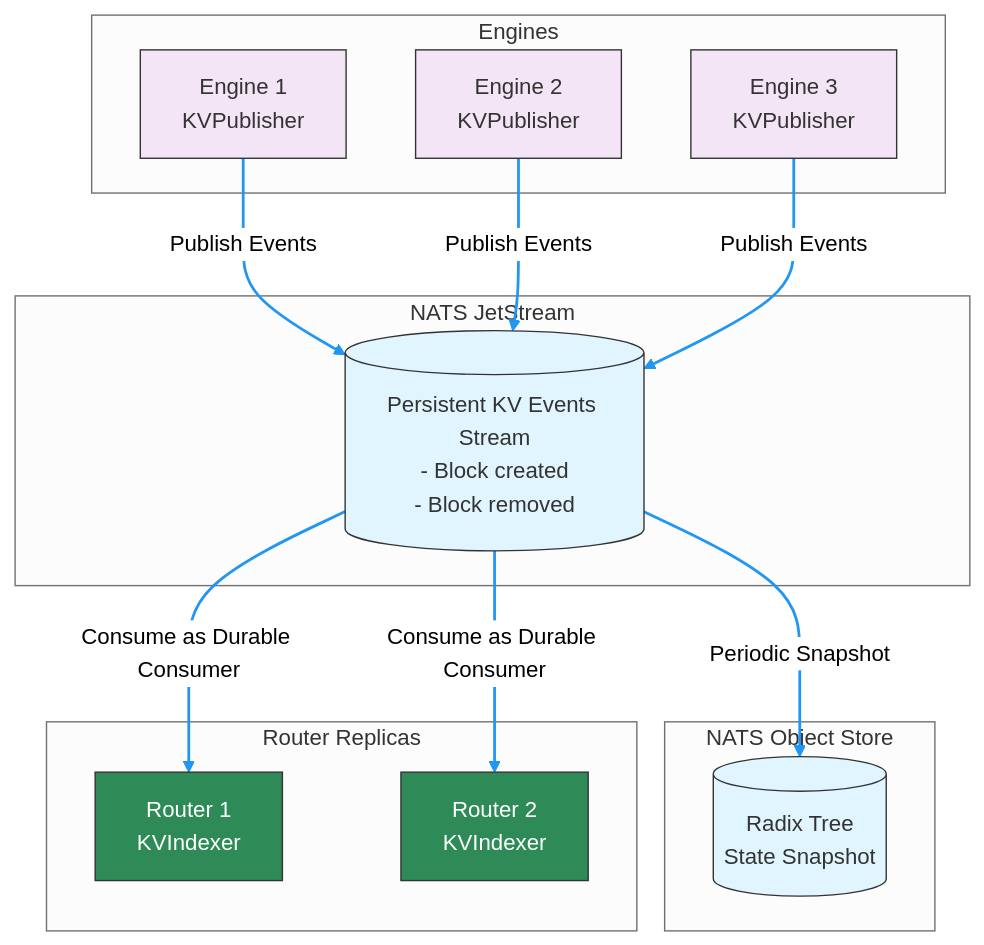
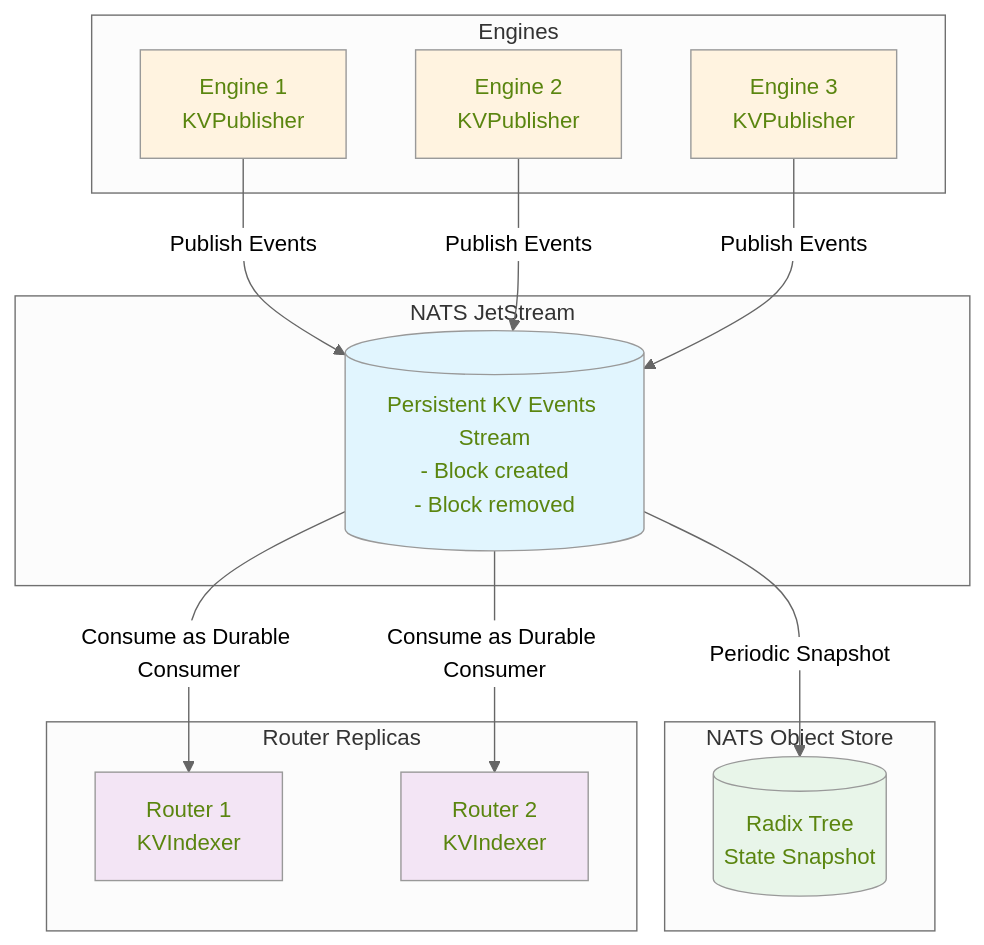
The first of 2 diagrams in docs/router/kv_cache_routing.md (ai-dynamo/dynamo), drawn with Mermaid (neutral theme) before and after one commit. The commit also changed other lines of this file and 595 other files, not shown here.

````diff
--- a/docs/router/kv_cache_routing.md
+++ b/docs/router/kv_cache_routing.md
@@ -169,39 +115,37 @@
 ```mermaid
 graph TD
     subgraph Engines
         E1[Engine 1<br/>KVPublisher]
         E2[Engine 2<br/>KVPublisher]
         E3[Engine 3<br/>KVPublisher]
     end
 
     subgraph "NATS JetStream"
         JS[(Persistent KV Events Stream<br/>- Block created<br/>- Block removed)]
     end
 
     subgraph "NATS Object Store"
         OS[(Radix Tree<br/>State Snapshot)]
     end
 
     subgraph "Router Replicas"
         R1[Router 1<br/>KVIndexer]
         R2[Router 2<br/>KVIndexer]
     end
 
     E1 -->|Publish Events| JS
     E2 -->|Publish Events| JS
     E3 -->|Publish Events| JS
 
     JS -->|Consume as Durable Consumer| R1
     JS -->|Consume as Durable Consumer| R2
     JS -->|Periodic Snapshot| OS
 
-    style JS fill:#e1f5fe,stroke:#333,color:#333
-    style OS fill:#e1f5fe,stroke:#333,color:#333
-    style E1 fill:#f3e5f5,stroke:#333,color:#333
-    style E2 fill:#f3e5f5,stroke:#333,color:#333
-    style E3 fill:#f3e5f5,stroke:#333,color:#333
-    style R1 fill:#2e8b57,stroke:#333,color:#fff
-    style R2 fill:#2e8b57,stroke:#333,color:#fff
-
-    linkStyle 0,1,2,3,4,5 stroke:#2196f3,stroke-width:2px
+    style JS fill:#e1f5fe,color:#5a850f
+    style OS fill:#e8f5e9,color:#5a850f
+    style E1 fill:#fff3e0,color:#5a850f
+    style E2 fill:#fff3e0,color:#5a850f
+    style E3 fill:#fff3e0,color:#5a850f
+    style R1 fill:#f3e5f5,color:#5a850f
+    style R2 fill:#f3e5f5,color:#5a850f
 ```
````
